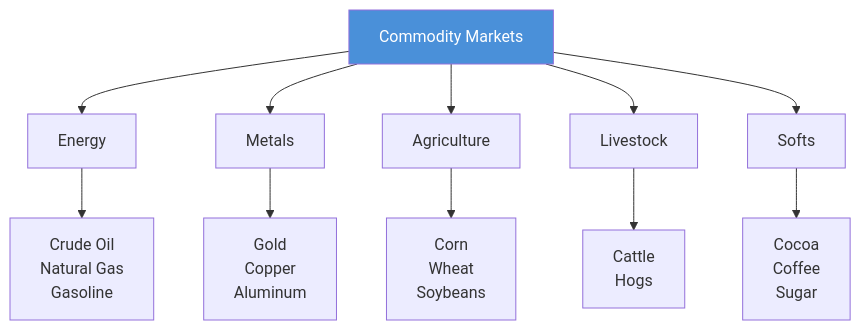
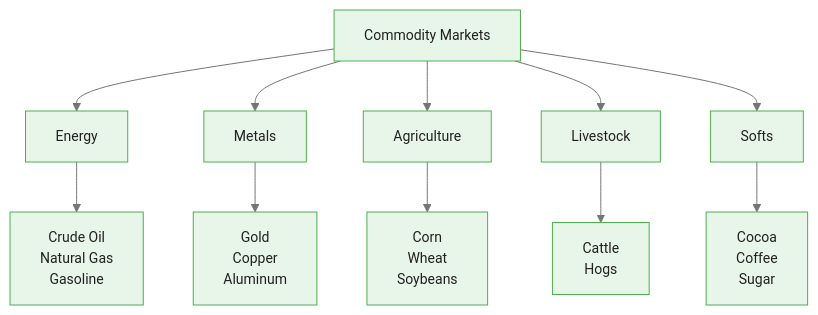
The first of 6 diagrams in courses/bayesian-commodity-forecasting/modules/module_00_foundations/guides/02_commodity_markets_intro_slides.md (m-deane/course-creator), drawn with Mermaid before and after one commit. The commit also changed other lines of this file and 104 other files, not shown here.

````diff
--- a/courses/bayesian-commodity-forecasting/modules/module_00_foundations/guides/02_commodity_markets_intro_slides.md
+++ b/courses/bayesian-commodity-forecasting/modules/module_00_foundations/guides/02_commodity_markets_intro_slides.md
@@ -28,14 +32,14 @@
 ```mermaid
+%%{init: {"theme": "base", "themeVariables": {"primaryColor": "#e8f5e9", "primaryBorderColor": "#4caf50", "primaryTextColor": "#212121", "secondaryColor": "#e3f2fd", "tertiaryColor": "#fff8e1", "lineColor": "#757575", "fontFamily": "Inter, sans-serif", "fontSize": "14px"}}}%%
 flowchart TD
     CM["Commodity Markets"] --> E["Energy"]
     CM --> M["Metals"]
     CM --> A["Agriculture"]
     CM --> L["Livestock"]
     CM --> S["Softs"]
     E --> E1["Crude Oil\nNatural Gas\nGasoline"]
     M --> M1["Gold\nCopper\nAluminum"]
     A --> A1["Corn\nWheat\nSoybeans"]
     L --> L1["Cattle\nHogs"]
     S --> S1["Cocoa\nCoffee\nSugar"]
-    style CM fill:#4a90d9,color:#fff
 ```
````
